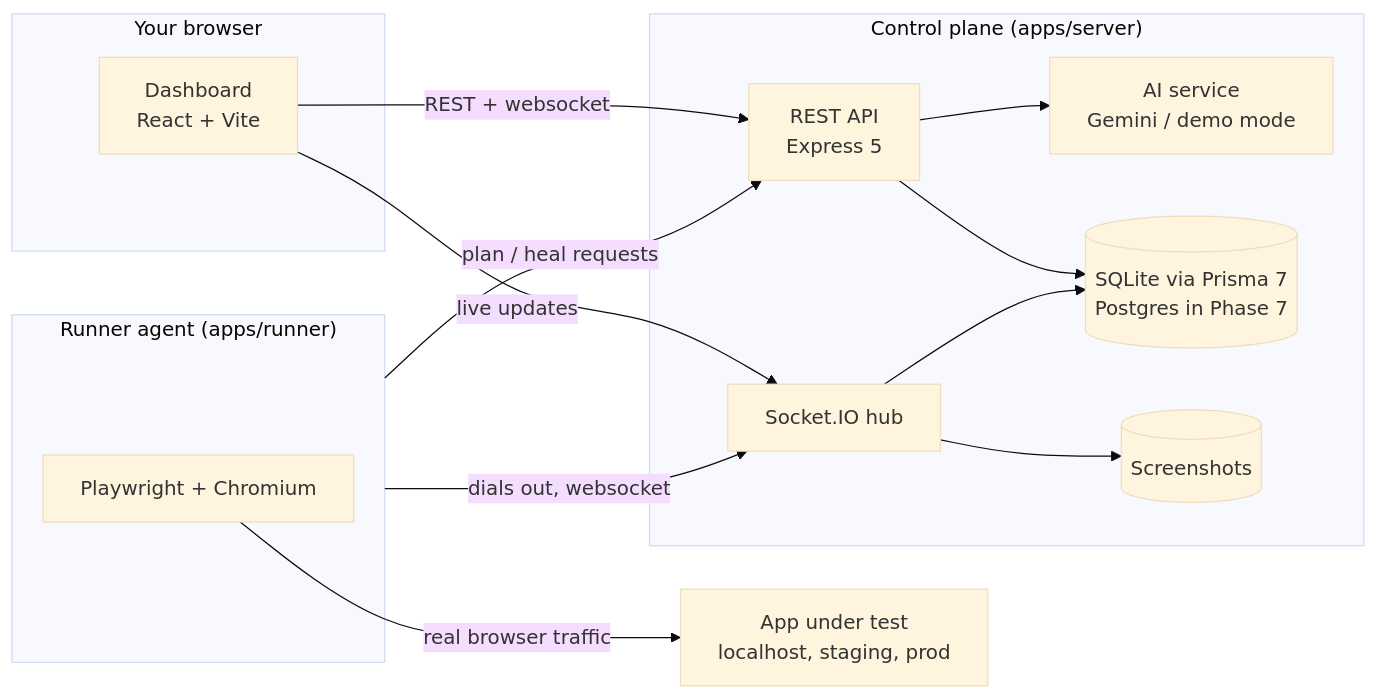
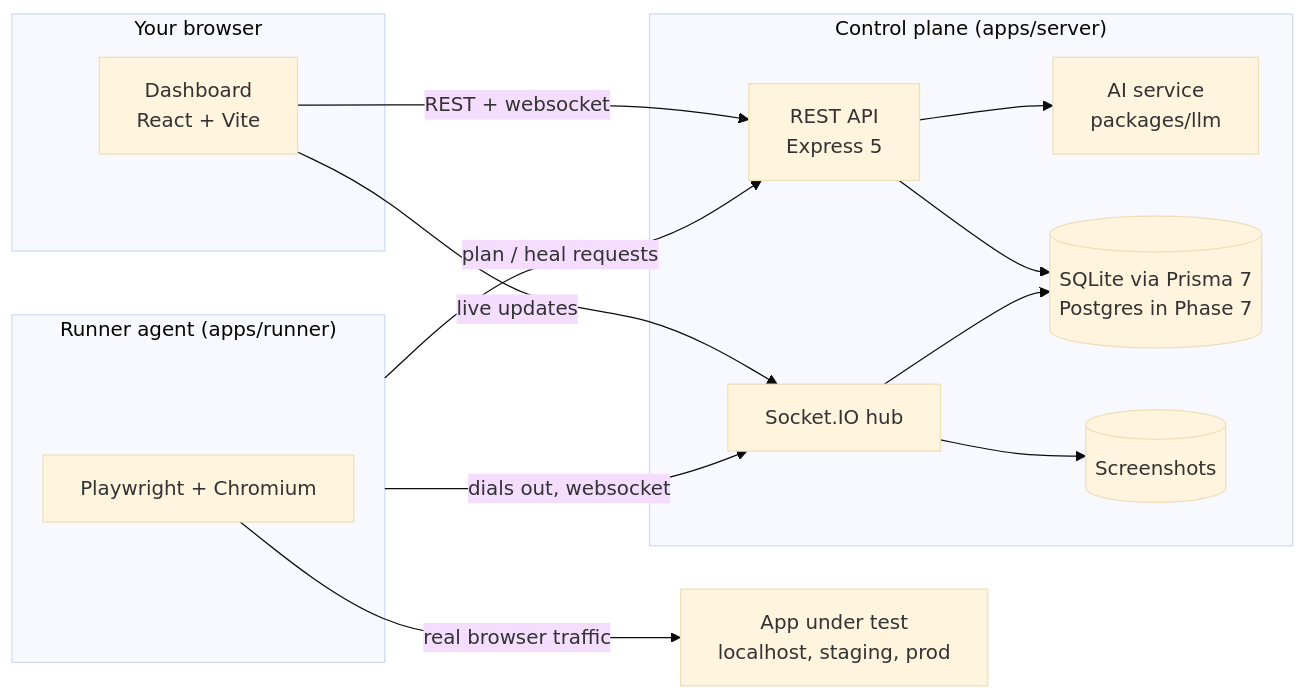
One commit to Abhishek-dotcom15/Ghost-IQ changed the diagram in docs/ARCHITECTURE.md. Above: the diagram before and after it, drawn with Mermaid (base theme). The commit also changed other lines of this file and 39 other files, not shown here.

````diff
--- a/docs/ARCHITECTURE.md
+++ b/docs/ARCHITECTURE.md
@@ -5,27 +5,27 @@
 ```mermaid
 flowchart LR
   subgraph Browser["Your browser"]
     D[Dashboard<br/>React + Vite]
   end
   subgraph CP["Control plane (apps/server)"]
     API[REST API<br/>Express 5]
     WS[Socket.IO hub]
-    AI[AI service<br/>Gemini / demo mode]
+    AI[AI service<br/>packages/llm]
     DB[(SQLite via Prisma 7<br/>Postgres in Phase 7)]
     FS[(Screenshots)]
   end
   subgraph R["Runner agent (apps/runner)"]
     PW[Playwright + Chromium]
   end
   T[App under test<br/>localhost, staging, prod]
 
   D -- REST + websocket --> API
   D -- live updates --> WS
   R -- dials out, websocket --> WS
   R -- plan / heal requests --> API
   API --> AI
   API --> DB
   WS --> DB
   WS --> FS
   PW -- real browser traffic --> T
 ```
````
